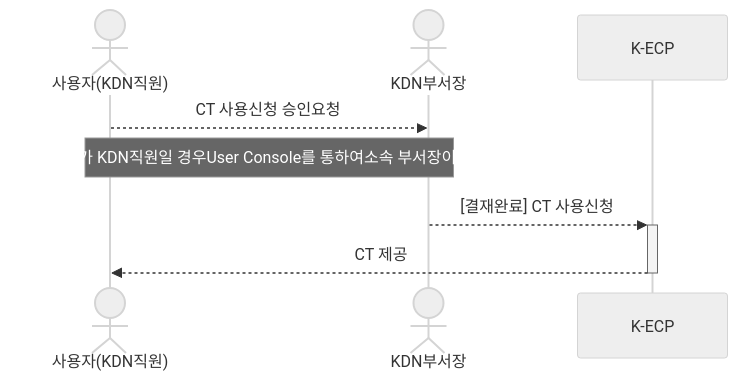
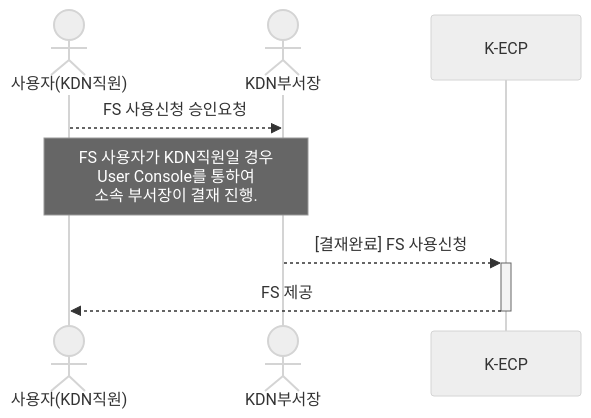
The first of 2 diagrams in mdfiles/FileStorage_started.md (KDN-ECP/guidebooks), drawn with Mermaid (neutral theme) before and after one commit. The commit also changed other lines of this file and 8 other files, not shown here.

````diff
--- a/mdfiles/FileStorage_started.md
+++ b/mdfiles/FileStorage_started.md
@@ -40,9 +40,9 @@
 ```mermaid
 sequenceDiagram
   actor 사용자(KDN직원)
   actor KDN부서장
-  사용자(KDN직원) -->> KDN부서장: CT 사용신청 승인요청
-  Note over 사용자(KDN직원), KDN부서장: CT 사용자가 KDN직원일 경우User Console를 통하여소속 부서장이 결재 진행.
-  KDN부서장 -->>+ K-ECP: [결재완료] CT 사용신청
-  K-ECP -->>- 사용자(KDN직원): CT 제공
+  사용자(KDN직원) -->> KDN부서장: FS 사용신청 승인요청
+  Note over 사용자(KDN직원), KDN부서장: FS 사용자가 KDN직원일 경우<br/>User Console를 통하여<br/>소속 부서장이 결재 진행.
+  KDN부서장 -->>+ K-ECP: [결재완료] FS 사용신청
+  K-ECP -->>- 사용자(KDN직원): FS 제공
 ```
````
